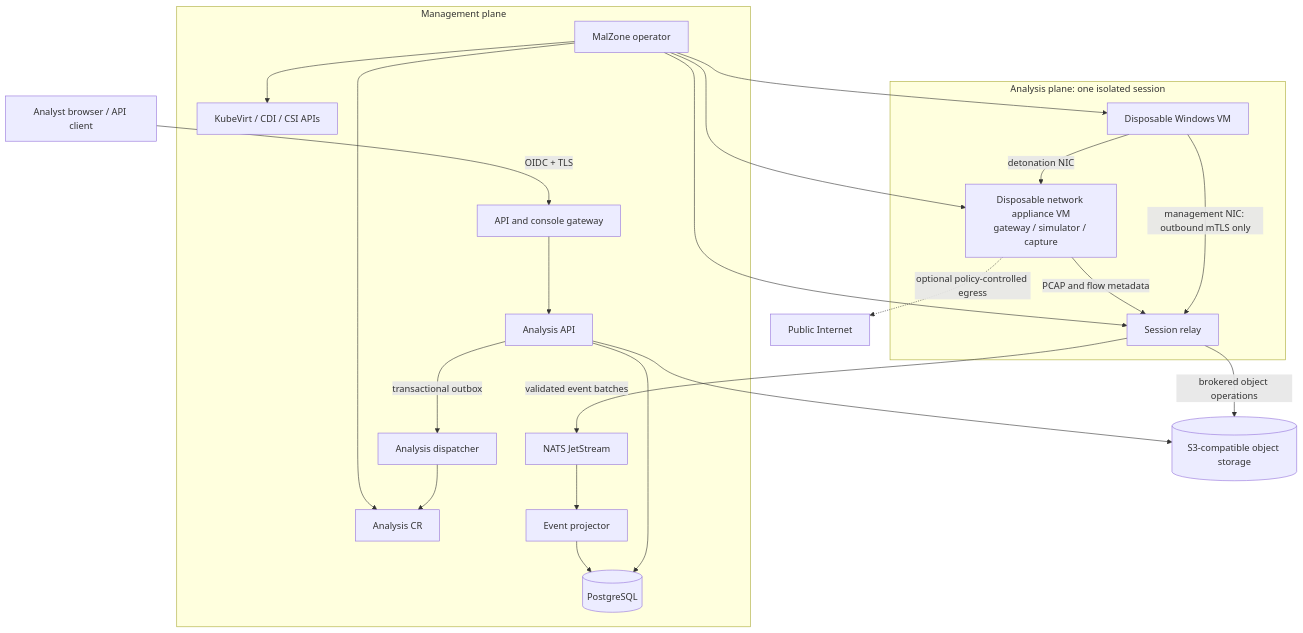
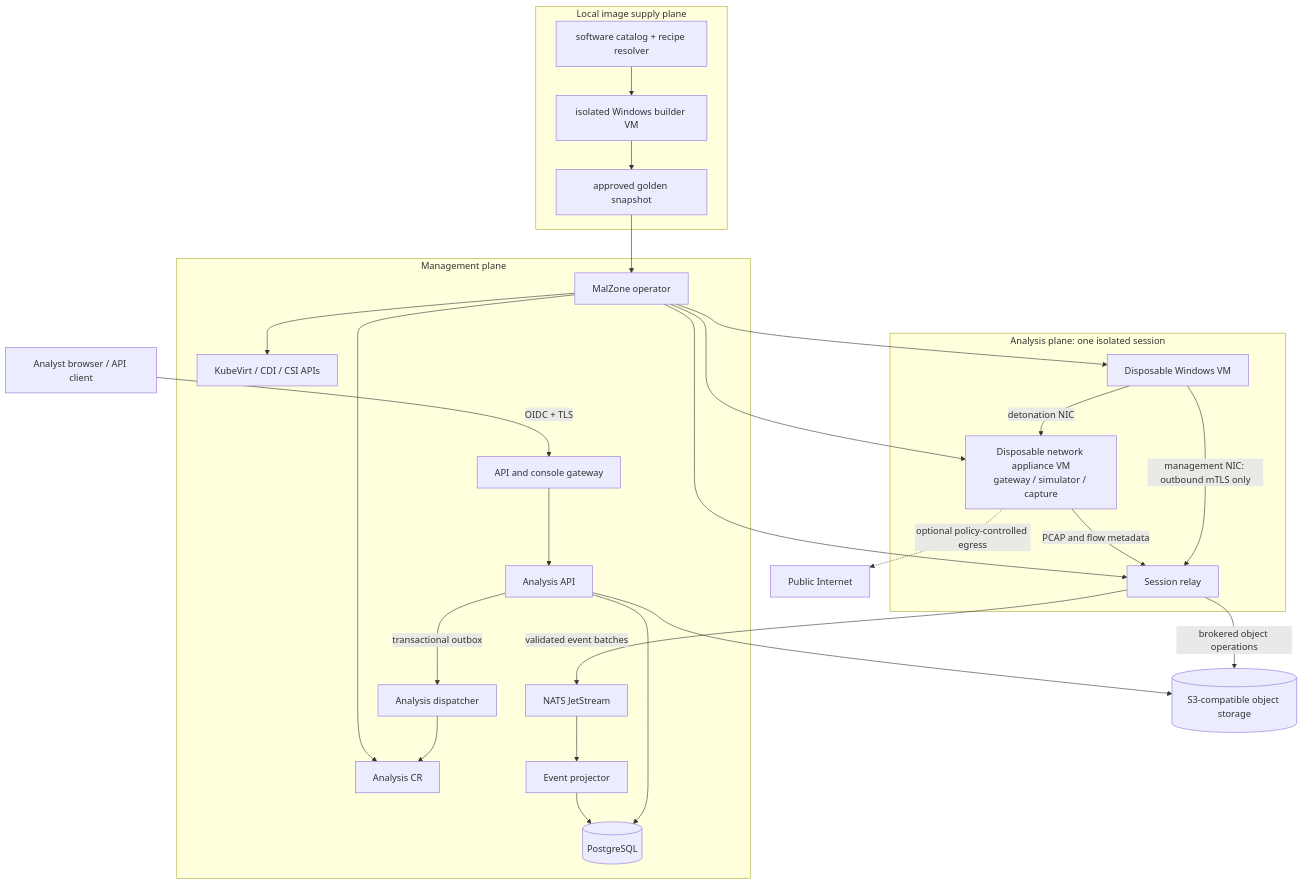
The first of 2 diagrams in docs/design/high-level/design_01.md (diaryfolio/MalZone), drawn with Mermaid before and after one commit. The commit also changed other lines of this file and 30 other files, not shown here.

````diff
--- a/docs/design/high-level/design_01.md
+++ b/docs/design/high-level/design_01.md
@@ -59,32 +61,40 @@
 ```mermaid
 flowchart TB
     User["Analyst browser / API client"] -->|"OIDC + TLS"| Edge["API and console gateway"]
 
     subgraph Management["Management plane"]
       Edge --> API["Analysis API"]
       API --> PG[("PostgreSQL")]
       API -->|"transactional outbox"| Dispatch["Analysis dispatcher"]
       Dispatch --> CR["Analysis CR"]
       Operator["MalZone operator"] --> CR
       Operator --> KV["KubeVirt / CDI / CSI APIs"]
       Bus["NATS JetStream"] --> Projector["Event projector"]
       Projector --> PG
     end
 
     subgraph AnalysisPlane["Analysis plane: one isolated session"]
       Relay["Session relay"]
       VM["Disposable Windows VM"]
       Gateway["Disposable network appliance VM<br/>gateway / simulator / capture"]
       VM -->|"management NIC: outbound mTLS only"| Relay
       VM -->|"detonation NIC"| Gateway
     end
 
     Operator --> Relay
     Operator --> VM
     Operator --> Gateway
     Relay -->|"validated event batches"| Bus
     Relay -->|"brokered object operations"| Object[("S3-compatible object storage")]
     Gateway -->|"PCAP and flow metadata"| Relay
     Gateway -. "optional policy-controlled egress" .-> Internet["Public Internet"]
     API --> Object
+
+    subgraph ImageSupply["Local image supply plane"]
+      Catalog["software catalog + recipe resolver"]
+      Builder["isolated Windows builder VM"]
+      Golden["approved golden snapshot"]
+      Catalog --> Builder --> Golden
+    end
+    Golden --> Operator
 ```
````
